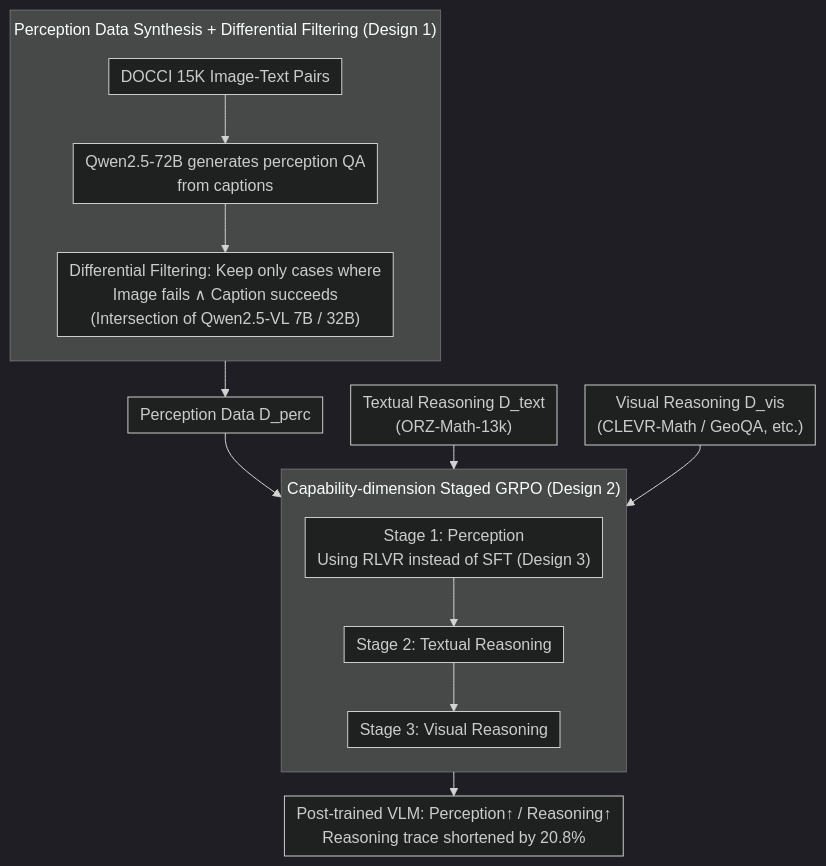
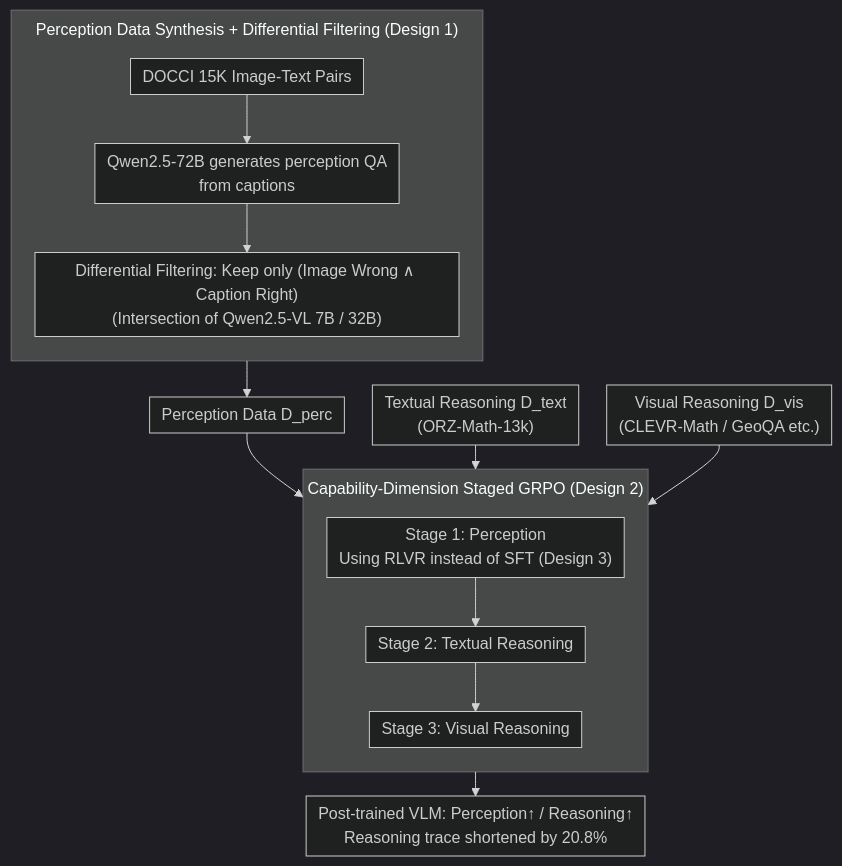
The diagram in docs/ICML2026/vlm_reasoning/from_seeing_to_thinking_decoupling_perception_and_reasoning_improves_post-traini.md (zhaoyang97/Paper-Notes-en), drawn with Mermaid (dark theme) before and after one commit. The commit also changed other lines of this file and 5084 other files, not shown here.

````diff
--- a/docs/ICML2026/vlm_reasoning/from_seeing_to_thinking_decoupling_perception_and_reasoning_improves_post-traini.md
+++ b/docs/ICML2026/vlm_reasoning/from_seeing_to_thinking_decoupling_perception_and_reasoning_improves_post-traini.md
@@ -43,21 +43,21 @@
 ```mermaid
 %%{init: {'flowchart': {'rankSpacing': 24, 'nodeSpacing': 28, 'padding': 6, 'wrappingWidth': 400, 'subGraphTitleMargin': {'top': 8, 'bottom': 16}}}}%%
 flowchart TD
     subgraph SYN["Perception Data Synthesis + Differential Filtering (Design 1)"]
         direction TB
         A["DOCCI 15K Image-Text Pairs"] --> B["Qwen2.5-72B generates perception QA<br/>from captions"]
-        B --> C["Differential Filtering: Keep only cases where<br/>Image fails ∧ Caption succeeds<br/>(Intersection of Qwen2.5-VL 7B / 32B)"]
+        B --> C["Differential Filtering: Keep only (Image Wrong ∧ Caption Right)<br/>(Intersection of Qwen2.5-VL 7B / 32B)"]
     end
     C --> D["Perception Data D_perc"]
     E["Textual Reasoning D_text<br/>(ORZ-Math-13k)"]
-    F["Visual Reasoning D_vis<br/>(CLEVR-Math / GeoQA, etc.)"]
-    subgraph STAGE["Capability-dimension Staged GRPO (Design 2)"]
+    F["Visual Reasoning D_vis<br/>(CLEVR-Math / GeoQA etc.)"]
+    subgraph STAGE["Capability-Dimension Staged GRPO (Design 2)"]
         direction TB
         G["Stage 1: Perception<br/>Using RLVR instead of SFT (Design 3)"] --> H["Stage 2: Textual Reasoning"]
         H --> I["Stage 3: Visual Reasoning"]
     end
     D --> G
     E --> H
     F --> I
     I --> J["Post-trained VLM: Perception↑ / Reasoning↑<br/>Reasoning trace shortened by 20.8%"]
 ```
````
